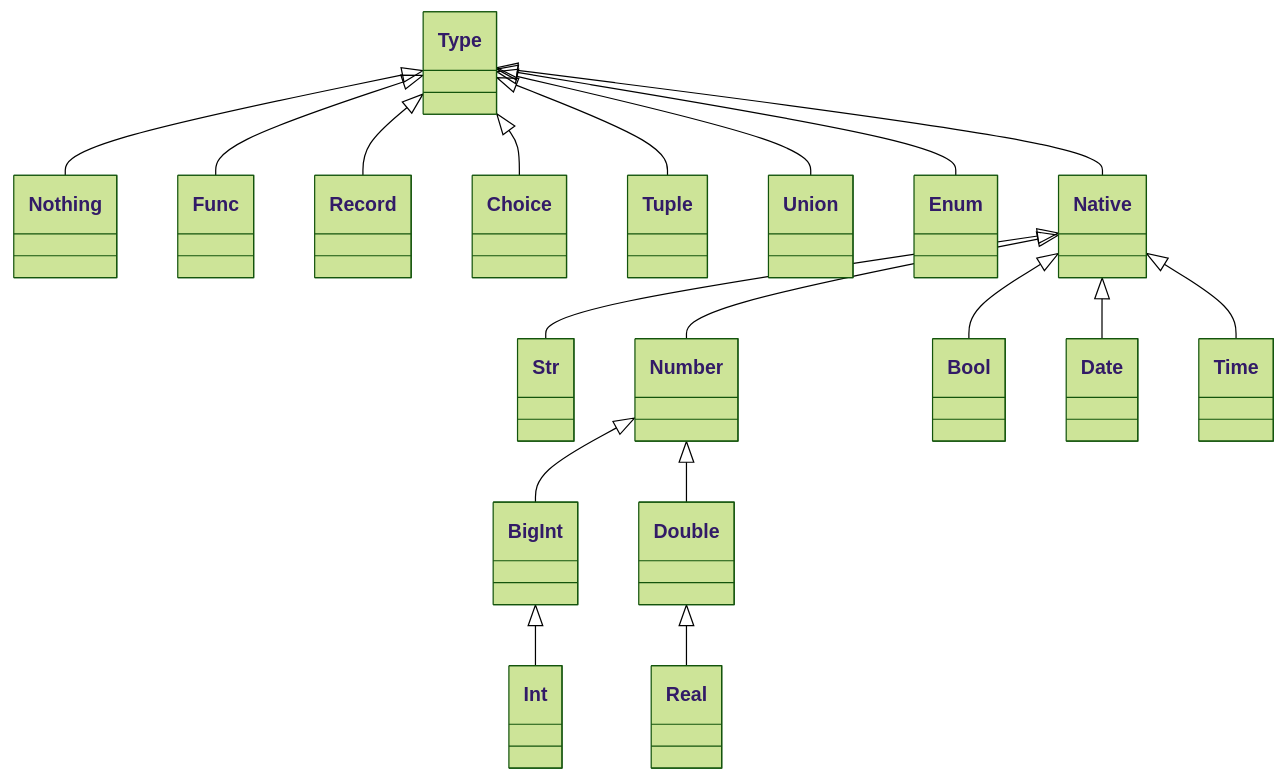
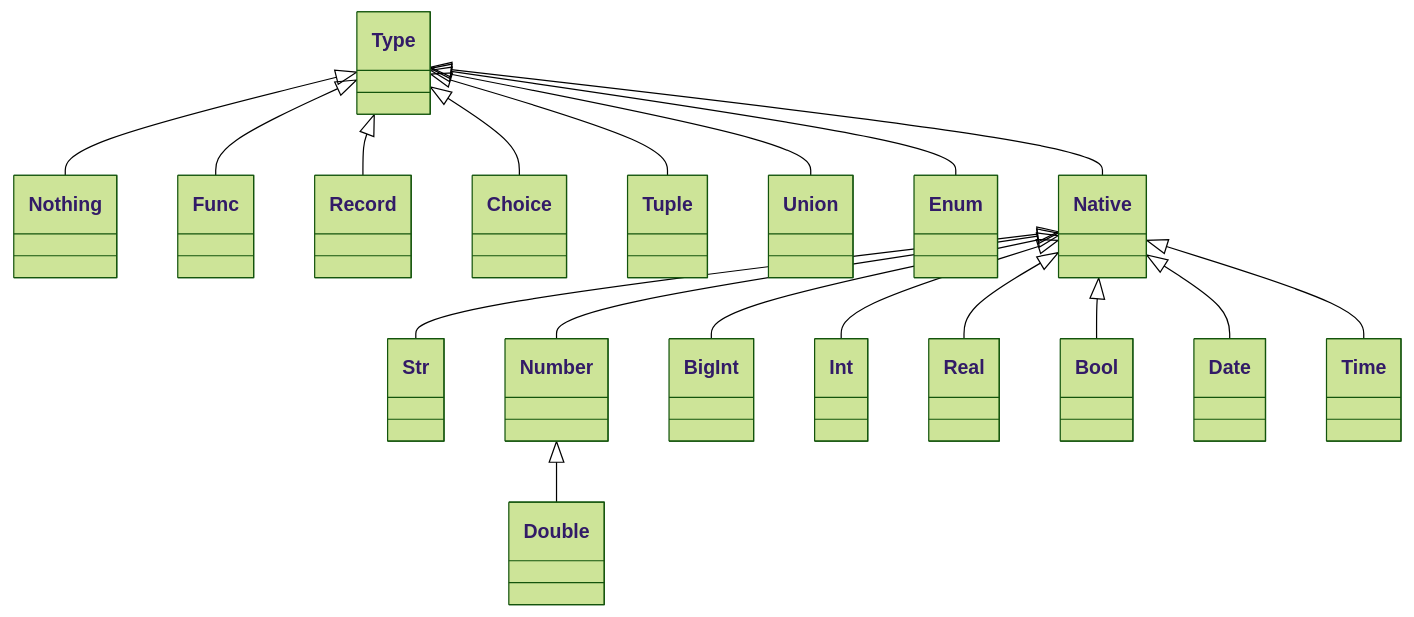
One commit to dmitrysharkov/hexa-ruby changed the diagram in README.md. Above: the diagram before and after it, drawn with Mermaid (forest theme).

````diff
--- a/README.md
+++ b/README.md
@@ -12,20 +12,20 @@
 ```mermaid
 classDiagram
       Type <|-- Nothing 
       Type <|-- Func
       Type <|-- Record
       Type <|-- Choice 
       Type <|-- Tuple
       Type <|-- Union
       Type <|-- Enum
       Type <|-- Native
       Native <|-- Str
       Native <|-- Number
-      Number <|-- BigInt
-      BigInt <|-- Int
+      Native <|-- BigInt
+      Native <|-- Int
       Number <|-- Double
-      Double   <|-- Real
+      Native <|-- Real
       Native <|-- Bool
       Native <|-- Date
       Native <|-- Time  
 ```
````
